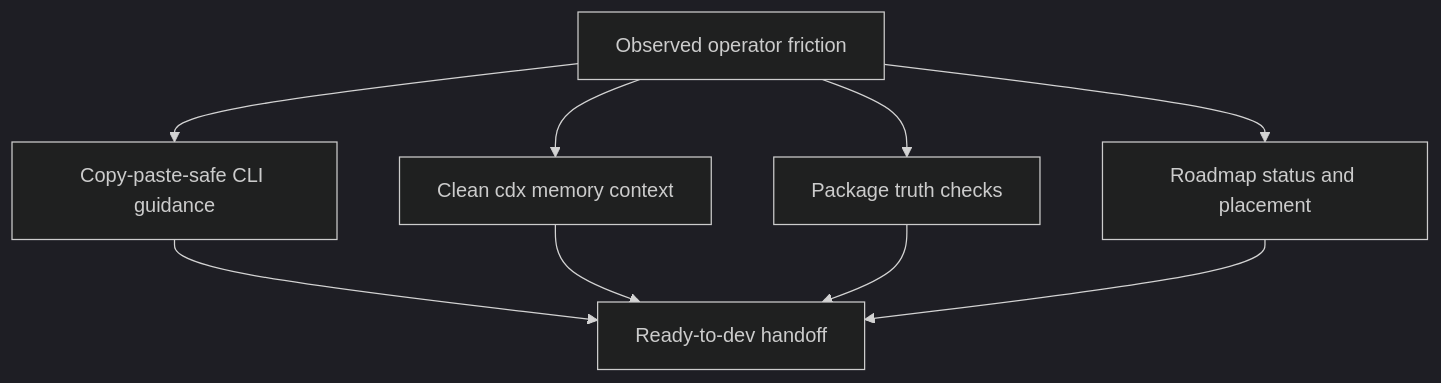
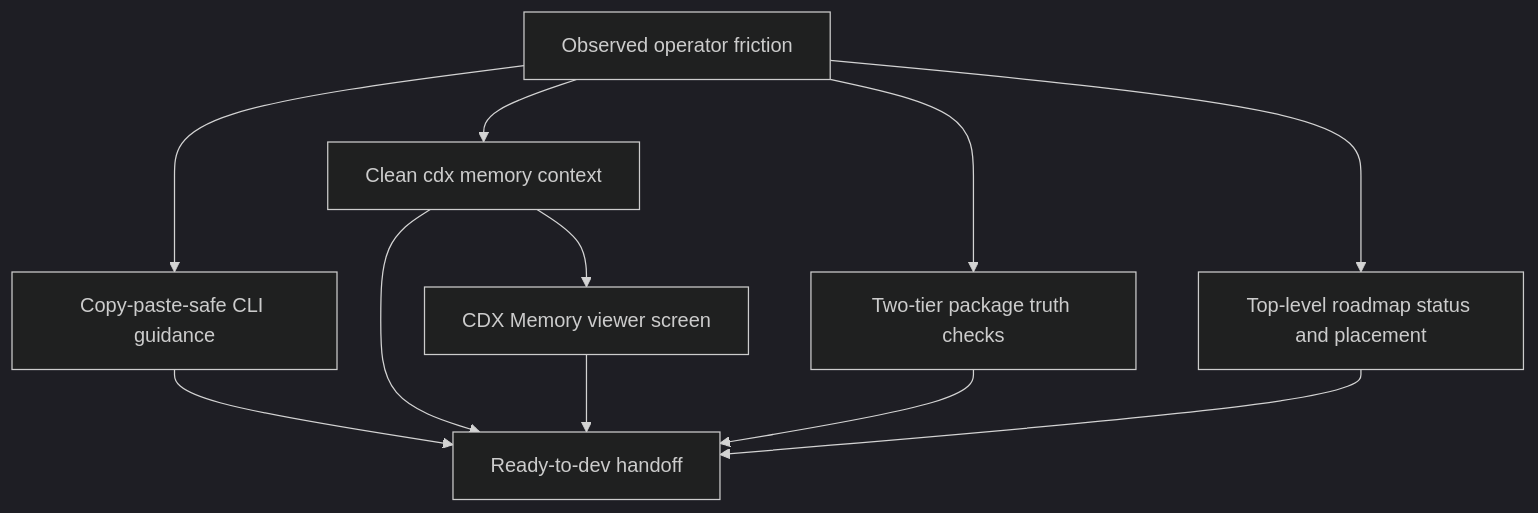
The diagram in logics/product/prod_045_logics_operator_ergonomics.md (AlexAgo83/logics-manager), drawn with Mermaid (dark theme) before and after one commit. The commit also changed other lines of this file and 6 other files, not shown here.

````diff
--- a/logics/product/prod_045_logics_operator_ergonomics.md
+++ b/logics/product/prod_045_logics_operator_ergonomics.md
@@ -14,11 +14,13 @@
 ```mermaid
 flowchart TD
     Friction[Observed operator friction] --> CLI[Copy-paste-safe CLI guidance]
     Friction --> Memory[Clean cdx memory context]
-    Friction --> Packaging[Package truth checks]
-    Friction --> Roadmap[Roadmap status and placement]
+    Memory --> Screen[CDX Memory viewer screen]
+    Friction --> Packaging[Two-tier package truth checks]
+    Friction --> Roadmap[Top-level roadmap status and placement]
     CLI --> Handoff[Ready-to-dev handoff]
     Memory --> Handoff
+    Screen --> Handoff
     Packaging --> Handoff
     Roadmap --> Handoff
 ```
````
